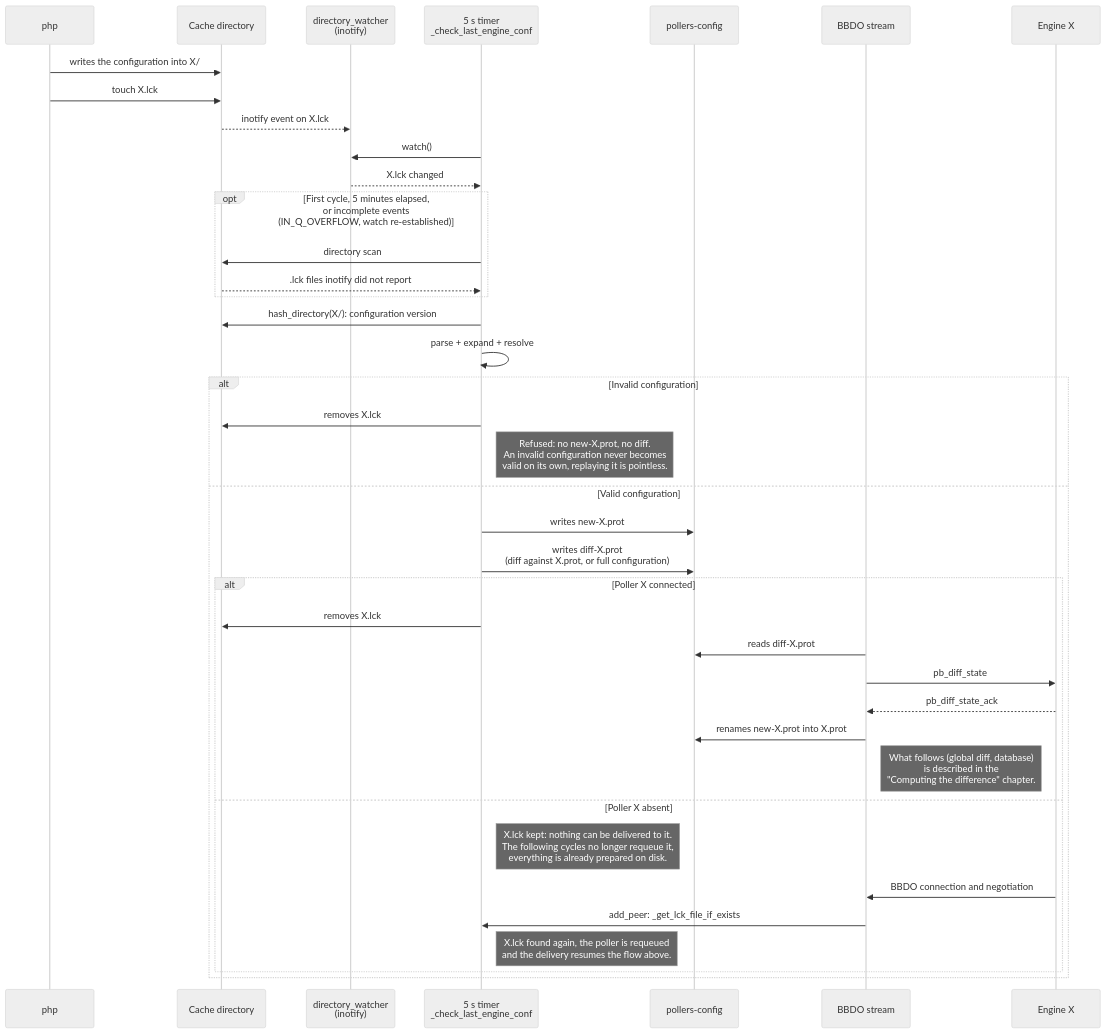
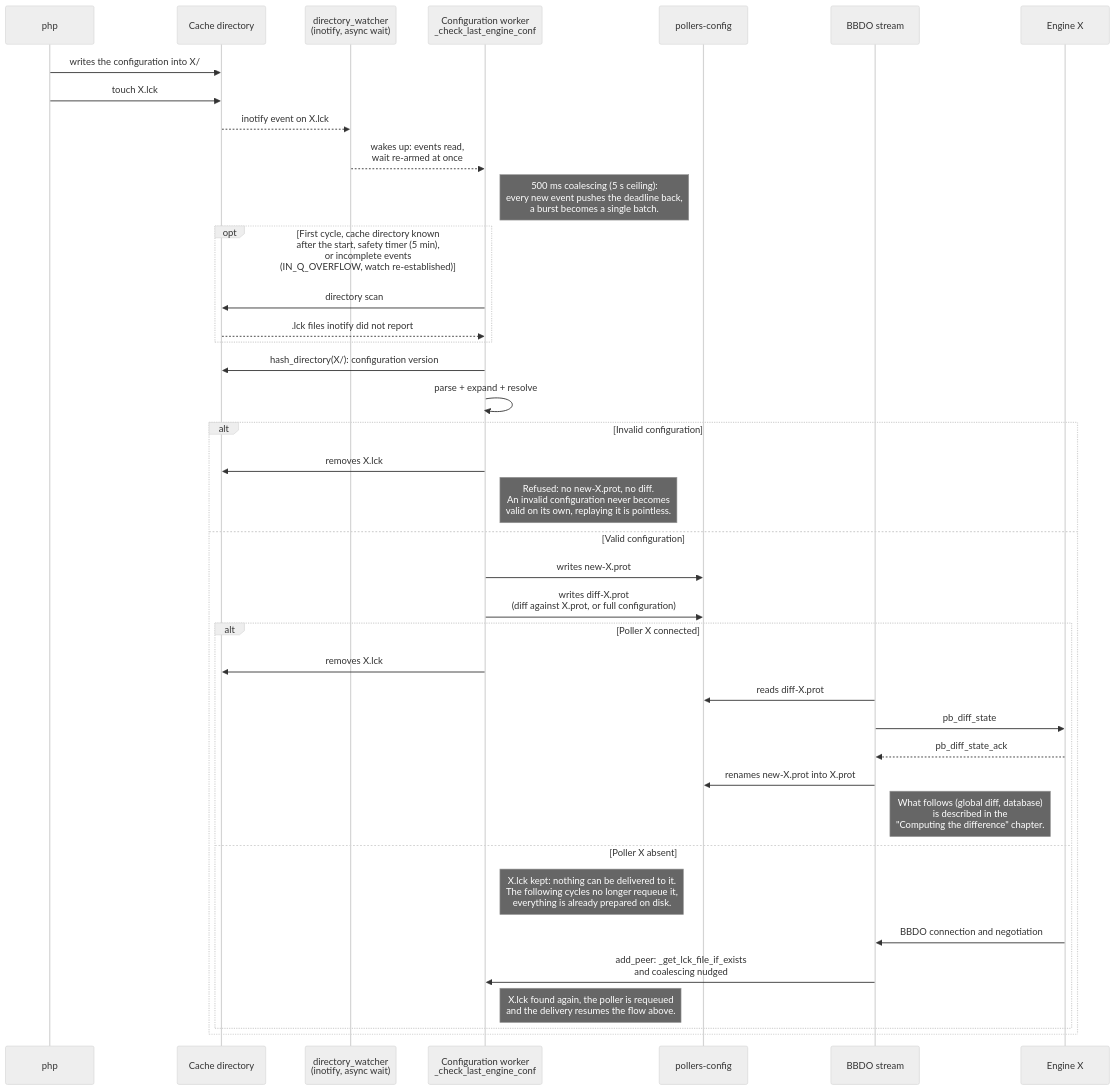
One commit to centreon/centreon-collect changed the sixth of 43 diagrams in doc/nego-engine-broker-en.md. Above: the diagram before and after it, drawn with Mermaid (neutral theme). The commit also changed other lines of this file and 9 other files, not shown here.

First line of the commit message:
enh(broker/broker_state): no more timer to call inotify every 5s

````diff
--- a/doc/nego-engine-broker-en.md
+++ b/doc/nego-engine-broker-en.md
@@ -502,45 +524,45 @@
 ```mermaid
 sequenceDiagram
     participant php
     participant C as Cache directory
-    participant W as directory_watcher<br/>(inotify)
-    participant T as 5 s timer<br/>_check_last_engine_conf
+    participant W as directory_watcher<br/>(inotify, async wait)
+    participant T as Configuration worker<br/>_check_last_engine_conf
     participant P as pollers-config
     participant S as BBDO stream
     participant E as Engine X
 
     php ->> C: writes the configuration into X/
     php ->> C: touch X.lck
     C -->> W: inotify event on X.lck
 
-    T ->> W: watch()
-    W -->> T: X.lck changed
-    opt First cycle, 5 minutes elapsed,<br/>or incomplete events<br/>(IN_Q_OVERFLOW, watch re-established)
+    W -->> T: wakes up: events read,<br/>wait re-armed at once
+    Note right of T: 500 ms coalescing (5 s ceiling):<br/>every new event pushes the deadline back,<br/>a burst becomes a single batch.
+    opt First cycle, cache directory known<br/>after the start, safety timer (5 min),<br/>or incomplete events<br/>(IN_Q_OVERFLOW, watch re-established)
         T ->> C: directory scan
         C -->> T: .lck files inotify did not report
     end
 
     T ->> C: hash_directory(X/): configuration version
     T ->> T: parse + expand + resolve
 
     alt Invalid configuration
         T ->> C: removes X.lck
         Note right of T: Refused: no new-X.prot, no diff.<br/>An invalid configuration never becomes<br/>valid on its own, replaying it is pointless.
     else Valid configuration
         T ->> P: writes new-X.prot
         T ->> P: writes diff-X.prot<br/>(diff against X.prot, or full configuration)
         alt Poller X connected
             T ->> C: removes X.lck
             S ->> P: reads diff-X.prot
             S ->> E: pb_diff_state
             E -->> S: pb_diff_state_ack
             S ->> P: renames new-X.prot into X.prot
             Note right of S: What follows (global diff, database)<br/>is described in the<br/>"Computing the difference" chapter.
         else Poller X absent
             Note right of T: X.lck kept: nothing can be delivered to it.<br/>The following cycles no longer requeue it,<br/>everything is already prepared on disk.
             E ->> S: BBDO connection and negotiation
-            S ->> T: add_peer: _get_lck_file_if_exists
+            S ->> T: add_peer: _get_lck_file_if_exists<br/>and coalescing nudged
             Note right of T: X.lck found again, the poller is requeued<br/>and the delivery resumes the flow above.
         end
     end
 ```
````
